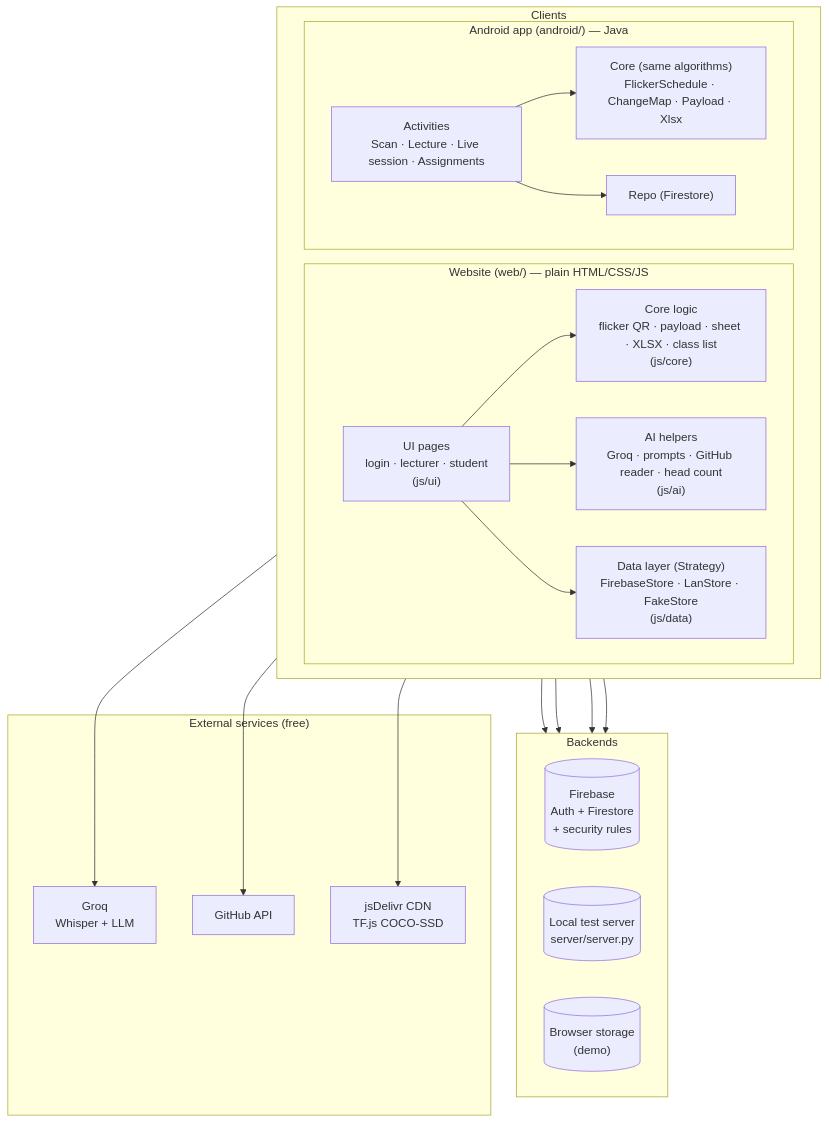
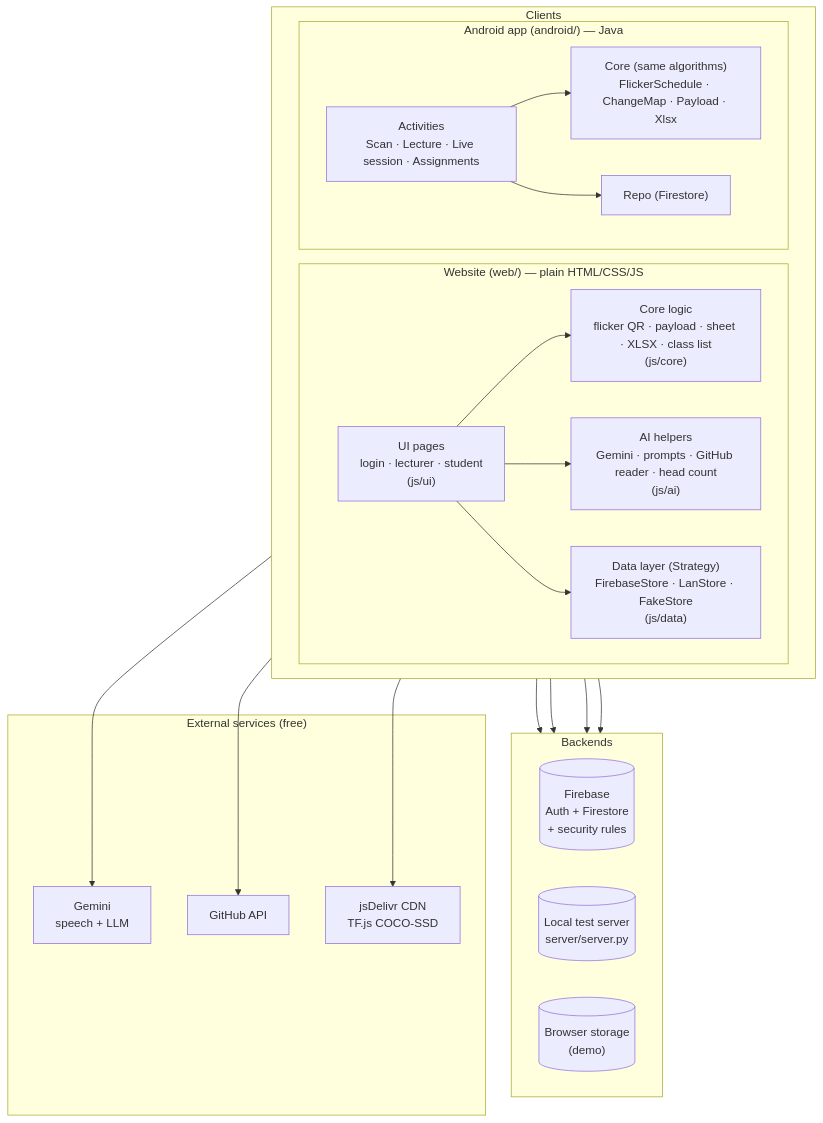
One commit to minion-dog/I2CS_Ex2-smart-class-demo changed the diagram in docs/05_COMPONENTS.md. Above: the diagram before and after it, drawn with Mermaid. The commit also changed other lines of this file and 38 other files, not shown here.

````diff
--- a/docs/05_COMPONENTS.md
+++ b/docs/05_COMPONENTS.md
@@ -3,39 +3,39 @@
 ```mermaid
 flowchart TB
     subgraph Clients
         direction LR
         subgraph WEB["Website (web/) — plain HTML/CSS/JS"]
             UI["UI pages<br/>login · lecturer · student<br/>(js/ui)"]
             CORE["Core logic<br/>flicker QR · payload · sheet · XLSX · class list<br/>(js/core)"]
-            AI["AI helpers<br/>Groq · prompts · GitHub reader · head count<br/>(js/ai)"]
+            AI["AI helpers<br/>Gemini · prompts · GitHub reader · head count<br/>(js/ai)"]
             DATA["Data layer (Strategy)<br/>FirebaseStore · LanStore · FakeStore<br/>(js/data)"]
         end
         subgraph APP["Android app (android/) — Java"]
             AUI["Activities<br/>Scan · Lecture · Live session · Assignments"]
             ACORE["Core (same algorithms)<br/>FlickerSchedule · ChangeMap · Payload · Xlsx"]
             AREPO["Repo (Firestore)"]
         end
     end
     subgraph Backends
         direction LR
         FB[("Firebase<br/>Auth + Firestore<br/>+ security rules")]
         LAN[("Local test server<br/>server/server.py")]
         LS[("Browser storage<br/>(demo)")]
     end
     subgraph External["External services (free)"]
-        GROQ["Groq<br/>Whisper + LLM"]
+        GEM["Gemini<br/>speech + LLM"]
         GH["GitHub API"]
         CDN["jsDelivr CDN<br/>TF.js COCO-SSD"]
     end
     UI --> CORE
     UI --> AI
     UI --> DATA
     DATA --> FB
     DATA --> LAN
     DATA --> LS
     AUI --> ACORE
     AUI --> AREPO --> FB
-    AI --> GROQ
+    AI --> GEM
     AI --> GH
     AI --> CDN
 ```
````
